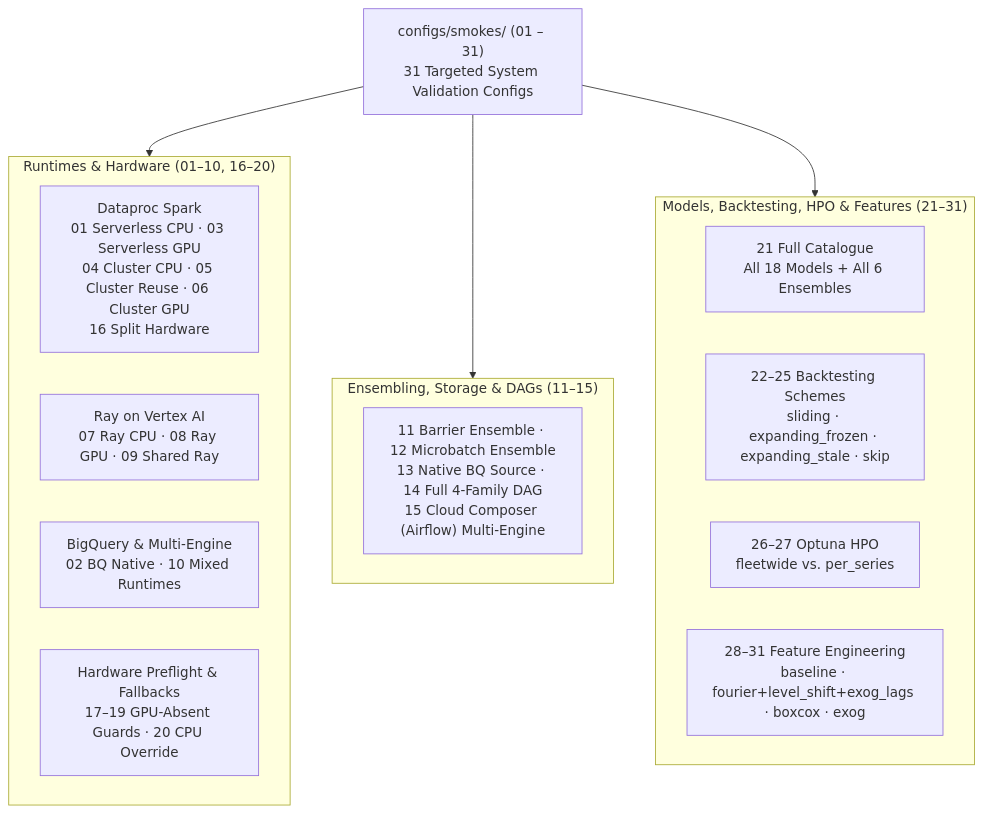
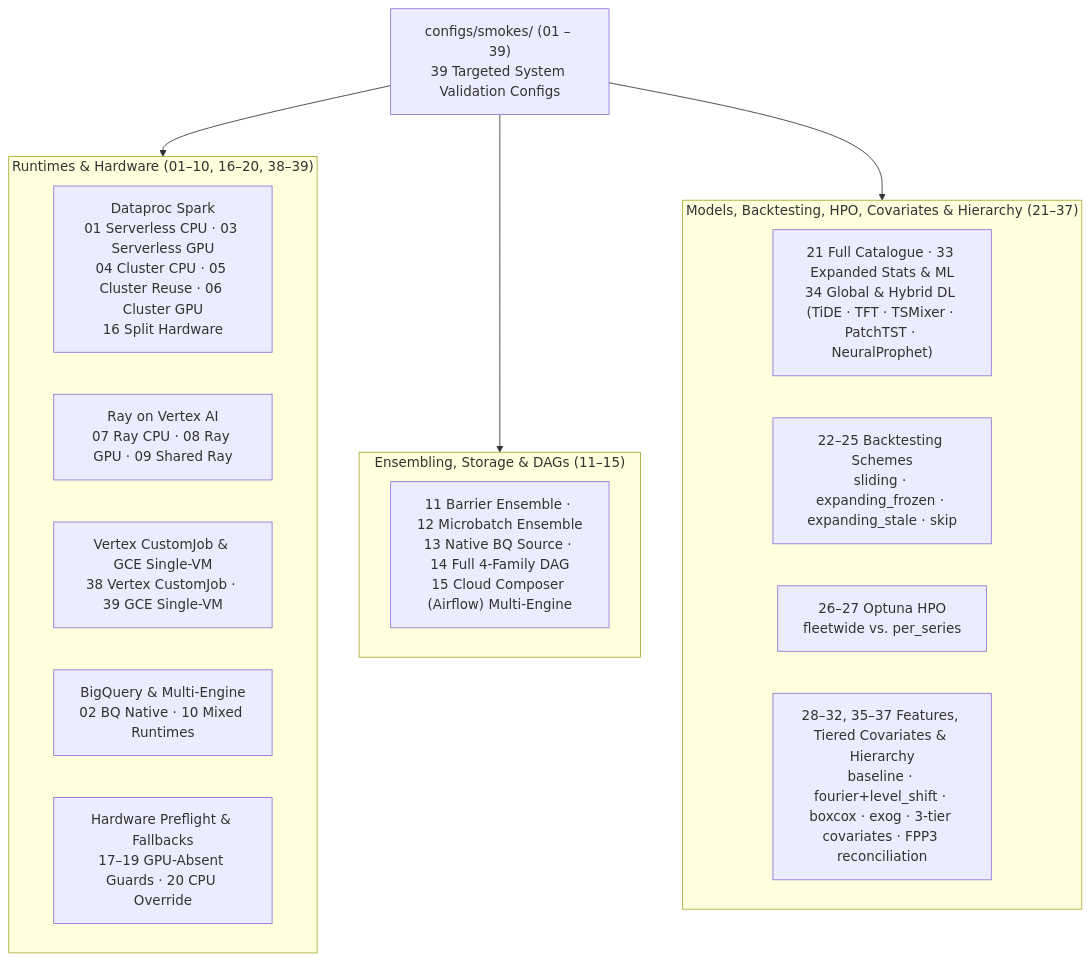
The diagram in configs/smokes/README.md (statmike/scale-forecasting), drawn with Mermaid before and after one commit. The commit also changed other lines of this file and 69 other files, not shown here.

First line of the commit message:
feat(compute): add vertex and gce runtimes, unified compute params, GPU-VM catalog, and AGENTS.md

````diff
--- a/configs/smokes/README.md
+++ b/configs/smokes/README.md
@@ -9,24 +9,25 @@
 ```mermaid
 flowchart TB
-    suite["configs/smokes/ (01 – 31)<br/>31 Targeted System Validation Configs"]
+    suite["configs/smokes/ (01 – 39)<br/>39 Targeted System Validation Configs"]
 
-    subgraph rt["Runtimes & Hardware (01–10, 16–20)"]
+    subgraph rt["Runtimes & Hardware (01–10, 16–20, 38–39)"]
         s_spark["Dataproc Spark<br/>01 Serverless CPU · 03 Serverless GPU<br/>04 Cluster CPU · 05 Cluster Reuse · 06 Cluster GPU<br/>16 Split Hardware"]
         s_ray["Ray on Vertex AI<br/>07 Ray CPU · 08 Ray GPU · 09 Shared Ray"]
+        s_vtx_gce["Vertex CustomJob & GCE Single-VM<br/>38 Vertex CustomJob · 39 GCE Single-VM"]
         s_bq["BigQuery & Multi-Engine<br/>02 BQ Native · 10 Mixed Runtimes"]
         s_hw["Hardware Preflight & Fallbacks<br/>17–19 GPU-Absent Guards · 20 CPU Override"]
     end
 
     subgraph dag["Ensembling, Storage & DAGs (11–15)"]
         s_ens["11 Barrier Ensemble · 12 Microbatch Ensemble<br/>13 Native BQ Source · 14 Full 4-Family DAG<br/>15 Cloud Composer (Airflow) Multi-Engine"]
     end
 
-    subgraph model_bt["Models, Backtesting, HPO & Features (21–31)"]
-        s_cat["21 Full Catalogue<br/>All 18 Models + All 6 Ensembles"]
+    subgraph model_bt["Models, Backtesting, HPO, Covariates & Hierarchy (21–37)"]
+        s_cat["21 Full Catalogue · 33 Expanded Stats & ML<br/>34 Global & Hybrid DL (TiDE · TFT · TSMixer · PatchTST · NeuralProphet)"]
         s_bt["22–25 Backtesting Schemes<br/>sliding · expanding_frozen · expanding_stale · skip"]
         s_hpo["26–27 Optuna HPO<br/>fleetwide vs. per_series"]
-        s_feat["28–31 Feature Engineering<br/>baseline · fourier+level_shift+exog_lags · boxcox · exog"]
+        s_feat["28–32, 35–37 Features, Tiered Covariates & Hierarchy<br/>baseline · fourier+level_shift · boxcox · exog · 3-tier covariates · FPP3 reconciliation"]
     end
 
     suite --> rt & dag & model_bt
 ```
````
